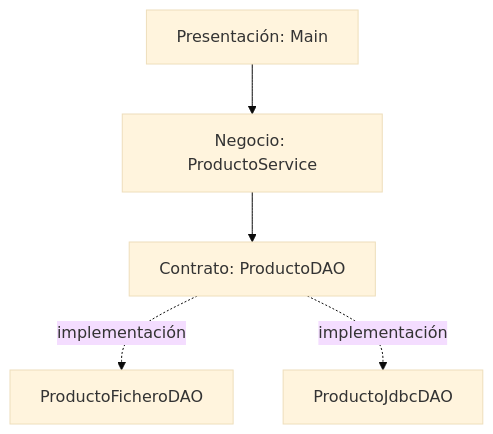
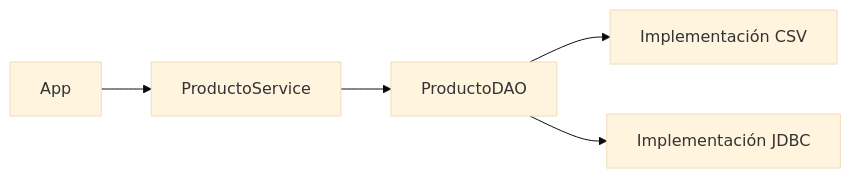
The diagram in docs/ut3/03-arquitectura-dao.md (rlrprofe/AD-2627), drawn with Mermaid (base theme) before and after one commit. The commit also changed other lines of this file and 13 other files, not shown here.

````diff
--- a/docs/ut3/03-arquitectura-dao.md
+++ b/docs/ut3/03-arquitectura-dao.md
@@ -13,7 +22,7 @@
 ```mermaid
-flowchart TD
-    A[Presentación: Main] --> B[Negocio: ProductoService]
-    B --> C[Contrato: ProductoDAO]
-    C -. implementación .-> D[ProductoFicheroDAO]
-    C -. implementación .-> E[ProductoJdbcDAO]
+flowchart LR
+    A[App] --> B[ProductoService]
+    B --> C[ProductoDAO]
+    C --> D[Implementación CSV]
+    C --> E[Implementación JDBC]
 ```
````
